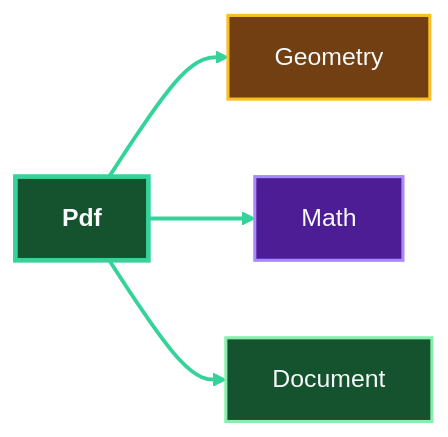
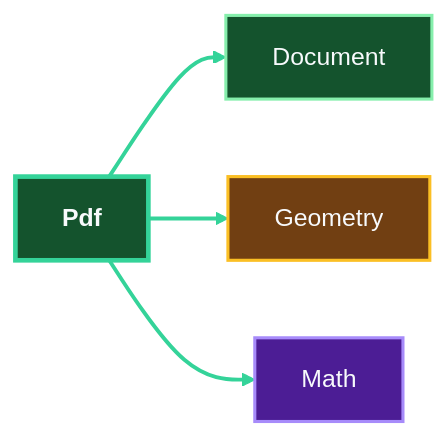
Before and after one commit to chetjones003/GoSurvey: diagram 11 of 42 in docs/architecture/system-dependencies.md, drawn with Mermaid (forest theme). The commit also changed other lines of this file and 3 other files, not shown here.

First line of the commit message:
tools: structure diagram generator and check it in CI

````diff
--- a/docs/architecture/system-dependencies.md
+++ b/docs/architecture/system-dependencies.md
@@ -366,17 +368,17 @@
 ```mermaid
 flowchart LR
   pdf__src["<b>Pdf</b>"]
+  pdf__document["Document"]
   pdf__geometry["Geometry"]
   pdf__math["Math"]
-  pdf__document["Document"]
+  pdf__src --> pdf__document
   pdf__src --> pdf__geometry
   pdf__src --> pdf__math
-  pdf__src --> pdf__document
   style pdf__src fill:#14532d,stroke:#34d399,stroke-width:3px,color:#f8fafc
+  style pdf__document fill:#14532d,stroke:#86efac,stroke-width:2px,color:#f8fafc
   style pdf__geometry fill:#713f12,stroke:#fbbf24,stroke-width:2px,color:#f8fafc
   style pdf__math fill:#4c1d95,stroke:#a78bfa,stroke-width:2px,color:#f8fafc
-  style pdf__document fill:#14532d,stroke:#86efac,stroke-width:2px,color:#f8fafc
   linkStyle 0 stroke:#34d399,stroke-width:2.5px
   linkStyle 1 stroke:#34d399,stroke-width:2.5px
   linkStyle 2 stroke:#34d399,stroke-width:2.5px
 ```
````
